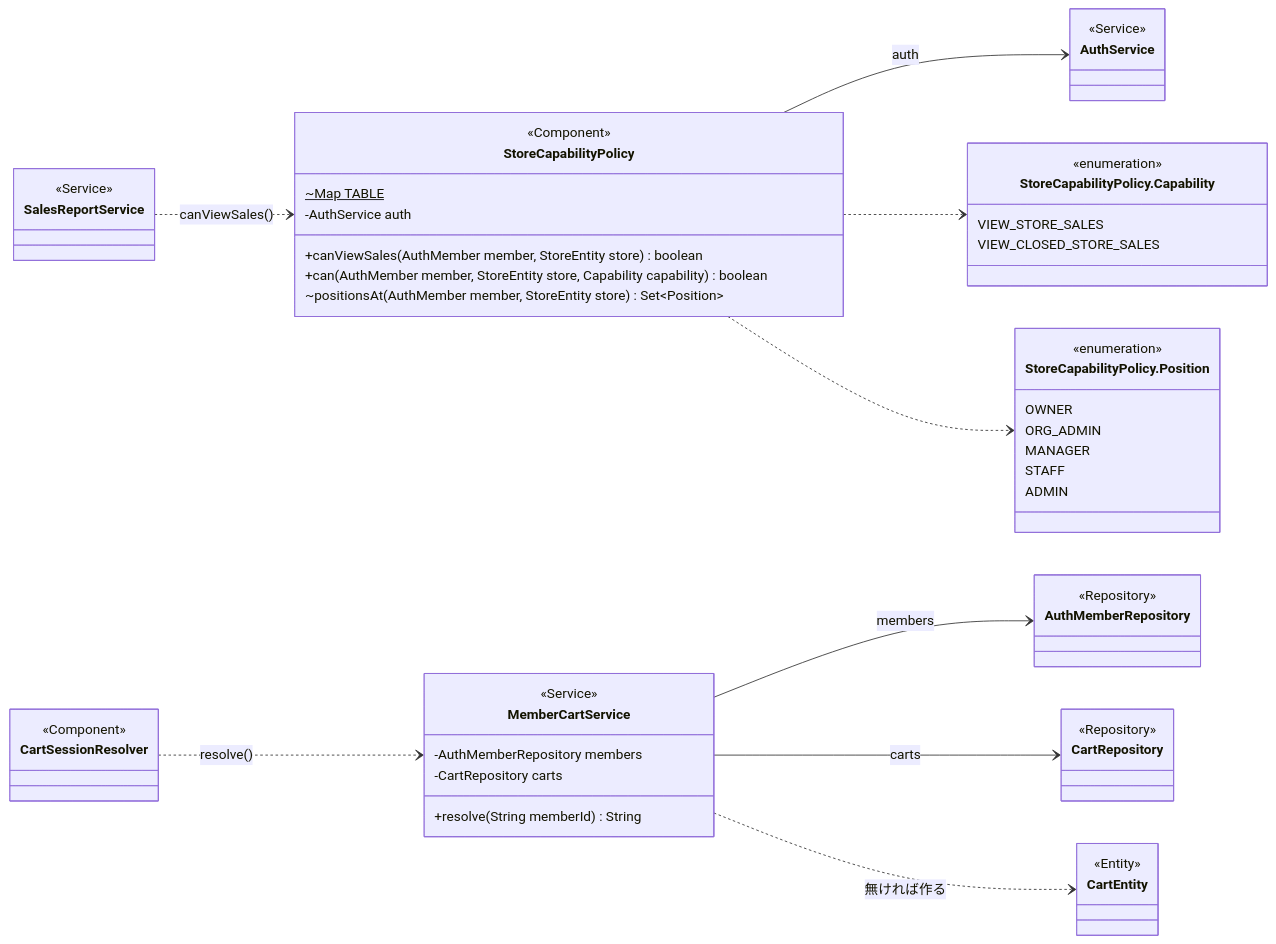
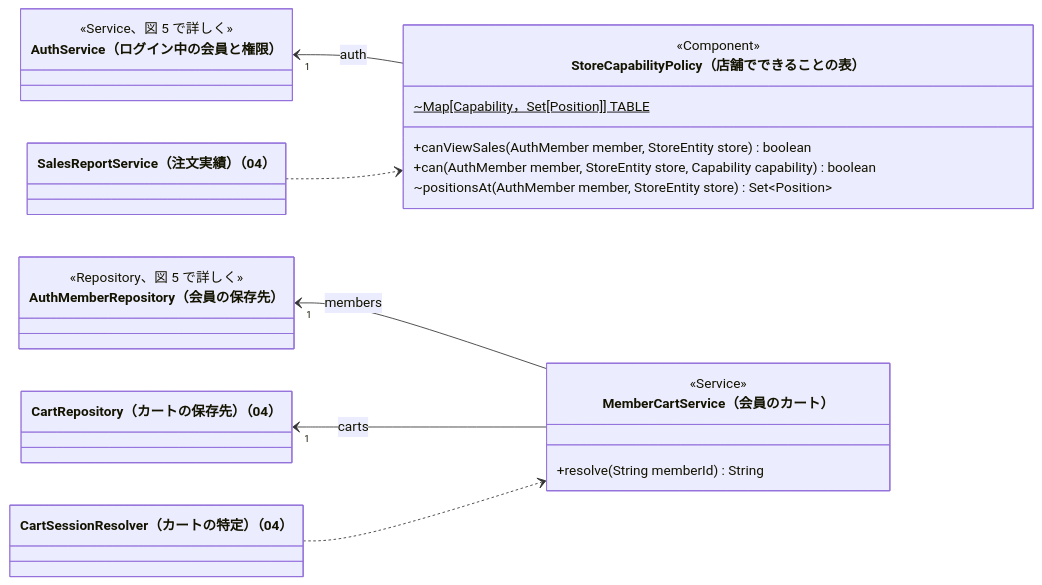
The sixth of 11 diagrams in クラス図/kusakari-ec/01_共通と認証と会員.md (abeouga/kusakari-document), drawn with Mermaid before and after one commit. The commit also changed other lines of this file and 87 other files, not shown here.

Commit message:
EC のクラス図に全体図を足し、詳細図をデータとモジュールの図に分けて書き直す

````diff
--- a/クラス図/kusakari-ec/01_共通と認証と会員.md
+++ b/クラス図/kusakari-ec/01_共通と認証と会員.md
@@ -452,57 +453,30 @@
 ```mermaid
 classDiagram
     direction LR
-    class StoreCapabilityPolicy {
+    class StoreCapabilityPolicy["StoreCapabilityPolicy（店舗でできることの表）"] {
         <<Component>>
-        ~Map TABLE$
-        -AuthService auth
+        ~Map[Capability，Set[Position]] TABLE$
         +canViewSales(AuthMember member, StoreEntity store) boolean
         +can(AuthMember member, StoreEntity store, Capability capability) boolean
         ~positionsAt(AuthMember member, StoreEntity store) Set~Position~
     }
-    class Capability["StoreCapabilityPolicy.Capability"] {
-        <<enumeration>>
-        VIEW_STORE_SALES
-        VIEW_CLOSED_STORE_SALES
-    }
-    class Position["StoreCapabilityPolicy.Position"] {
-        <<enumeration>>
-        OWNER
-        ORG_ADMIN
-        MANAGER
-        STAFF
-        ADMIN
-    }
-    class MemberCartService {
+    class MemberCartService["MemberCartService（会員のカート）"] {
         <<Service>>
-        -AuthMemberRepository members
-        -CartRepository carts
         +resolve(String memberId) String
     }
-    class AuthService {
-        <<Service>>
+    class AuthService["AuthService（ログイン中の会員と権限）"] {
+        <<Service、図 5 で詳しく>>
     }
-    class AuthMemberRepository {
-        <<Repository>>
+    class AuthMemberRepository["AuthMemberRepository（会員の保存先）"] {
+        <<Repository、図 5 で詳しく>>
     }
-    class CartRepository {
-        <<Repository>>
-    }
-    class CartEntity {
-        <<Entity>>
-    }
-    class SalesReportService {
-        <<Service>>
-    }
-    class CartSessionResolver {
-        <<Component>>
-    }
-    StoreCapabilityPolicy --> AuthService : auth
-    StoreCapabilityPolicy ..> Capability
-    StoreCapabilityPolicy ..> Position
-    SalesReportService ..> StoreCapabilityPolicy : canViewSales()
-    MemberCartService --> AuthMemberRepository : members
-    MemberCartService --> CartRepository : carts
-    MemberCartService ..> CartEntity : 無ければ作る
-    CartSessionResolver ..> MemberCartService : resolve()
+    class CartRepository["CartRepository（カートの保存先）（04）"]
+    class SalesReportService["SalesReportService（注文実績）（04）"]
+    class CartSessionResolver["CartSessionResolver（カートの特定）（04）"]
+
+    AuthService "1" <-- StoreCapabilityPolicy : auth
+    SalesReportService ..> StoreCapabilityPolicy
+    AuthMemberRepository "1" <-- MemberCartService : members
+    CartRepository "1" <-- MemberCartService : carts
+    CartSessionResolver ..> MemberCartService
 ```
````
